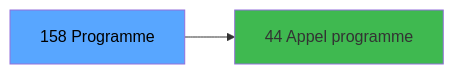
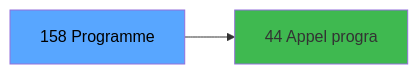
One commit to thonyAGP/magic-migration changed the third of 3 diagrams in .openspec/specs/ADH-IDE-158.md. Above: the diagram before and after it, drawn with Mermaid. The commit also changed other lines of this file and 323 other files, not shown here.

````diff
--- a/.openspec/specs/ADH-IDE-158.md
+++ b/.openspec/specs/ADH-IDE-158.md
@@ -114,8 +133,8 @@
 ```mermaid
 graph LR
     T[158 Programme]
-    C44[44 Appel programme]
+    C44[44 Appel progra]
     T --> C44
     style T fill:#58a6ff,color:#000
     style C44 fill:#3fb950
 ```
````
